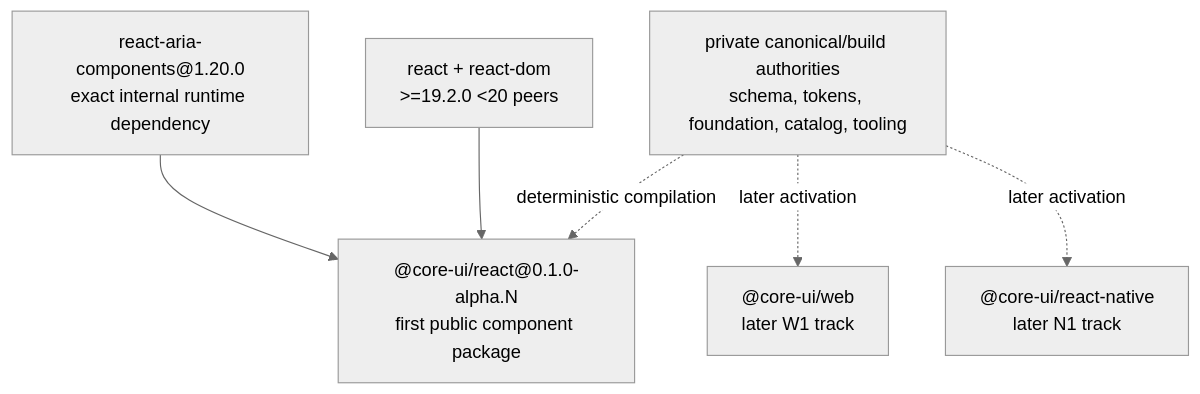
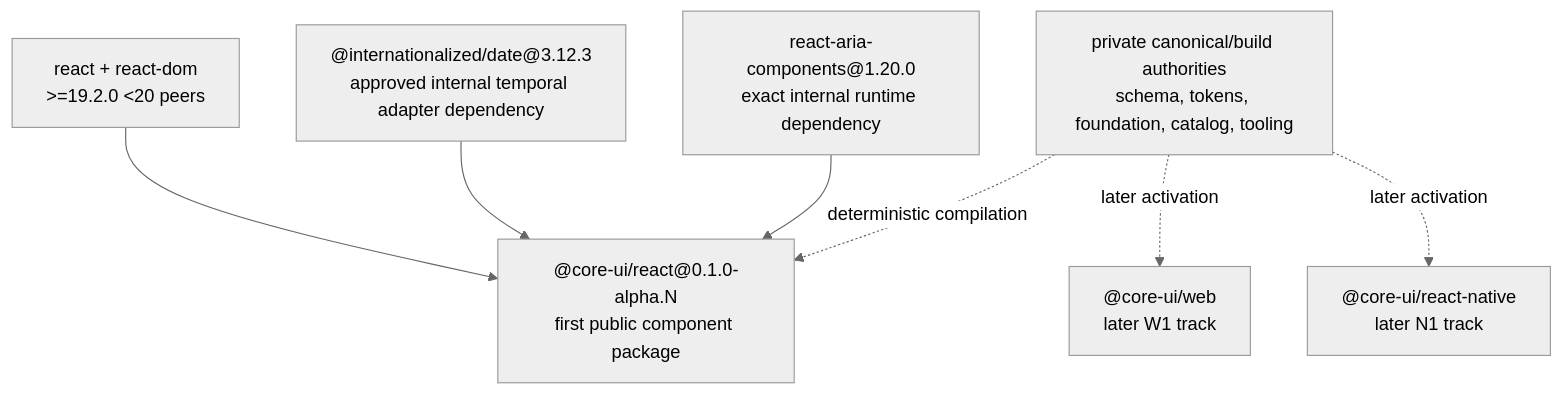
One commit to ndrewtran/core-ui changed the second of 2 diagrams in strategy/monorepo-architecture.md. Above: the diagram before and after it, drawn with Mermaid (neutral theme). The commit also changed other lines of this file and 4 other files, not shown here.

Commit message:
docs(strategy): authorize temporal adapter dependency

````diff
--- a/strategy/monorepo-architecture.md
+++ b/strategy/monorepo-architecture.md
@@ -1103,15 +1114,17 @@
 ```mermaid
 flowchart TD
   canonical["private canonical/build authorities\nschema, tokens, foundation, catalog, tooling"]
   react["@core-ui/react@0.1.0-alpha.N\nfirst public component package"]
   aria["react-aria-components@1.20.0\nexact internal runtime dependency"]
+  temporal["@internationalized/date@3.12.3\napproved internal temporal adapter dependency"]
   peers["react + react-dom\n>=19.2.0 <20 peers"]
   web["@core-ui/web\nlater W1 track"]
   native["@core-ui/react-native\nlater N1 track"]
 
   canonical -. deterministic compilation .-> react
   aria --> react
+  temporal --> react
   peers --> react
   canonical -. later activation .-> web
   canonical -. later activation .-> native
 ```
````
